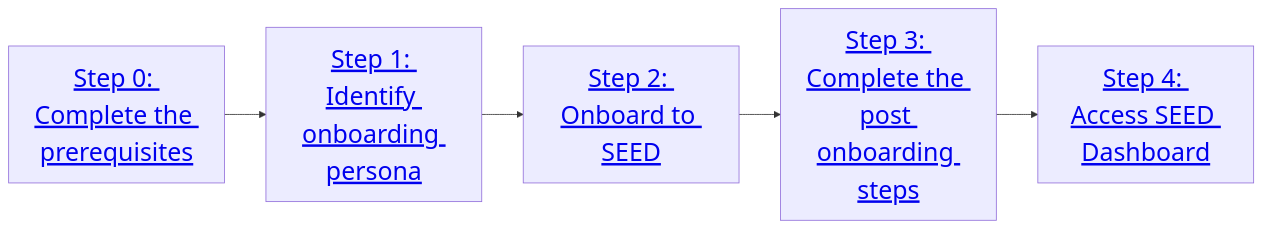
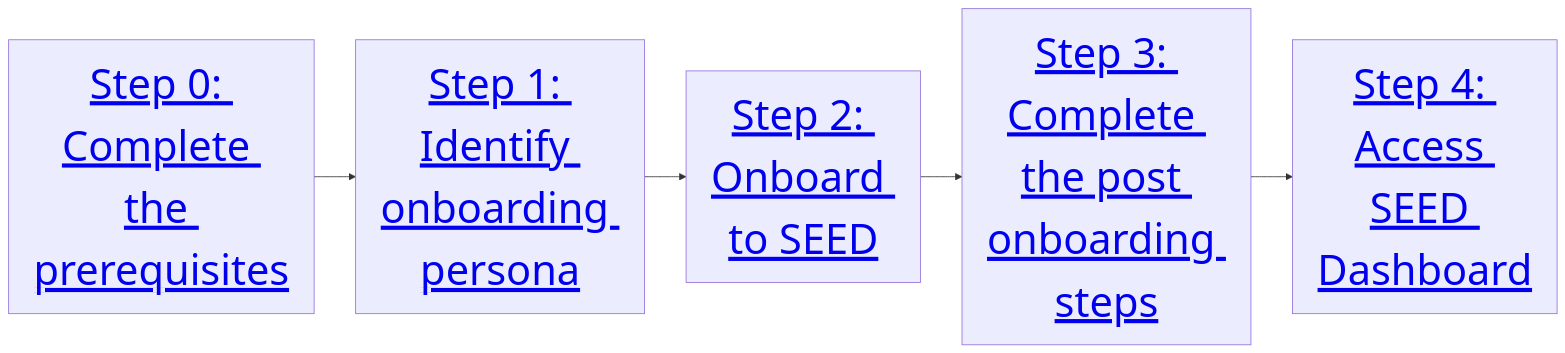
The second of 2 diagrams in getting-started.md (GovTechSG/seed-primer-documentation), drawn with Mermaid before and after one commit.

````diff
--- a/getting-started.md
+++ b/getting-started.md
@@ -20,14 +20,14 @@
 ```mermaid
-%%{init: {'theme': 'default','themeVariables': { 'fontSize': '30px', 'fontFamily': 'Inter'}}}%%
+%%{init: {'theme': 'default','themeVariables': { 'fontSize': '50px', 'fontFamily': 'Inter'}}}%%
 graph LR
     A["<a href='https://docs.developer.tech.gov.sg/docs/staging-seed-primer/getting-started?id=step-0-ensure-you-meet-the-required-prerequisites'>Step 0: Complete the prerequisites</a>"]
     B["<a href='https://docs.developer.tech.gov.sg/docs/staging-seed-primer/getting-started?id=step-1-identify-your-onboarding-persona'>Step 1: Identify onboarding persona</a>"]
     C["<a href='https://docs.developer.tech.gov.sg/docs/staging-seed-primer/getting-started?id=step-2-onboard-device-to-seed'>Step 2: Onboard to SEED</a>"]
     D["<a href='https://docs.developer.tech.gov.sg/docs/staging-seed-primer/post-onboarding-steps'>Step 3: Complete the post onboarding steps</a>"]
     E["<a href='https://docs.developer.tech.gov.sg/docs/staging-seed-primer/dashboard'>Step 4: Access SEED Dashboard</a>"]
     A --> B
     B --> C
     C --> D
     D --> E
 
 ```
````
